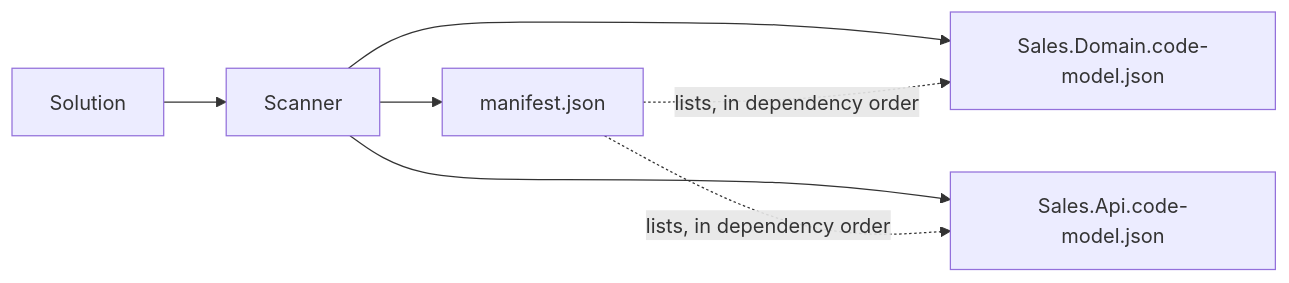
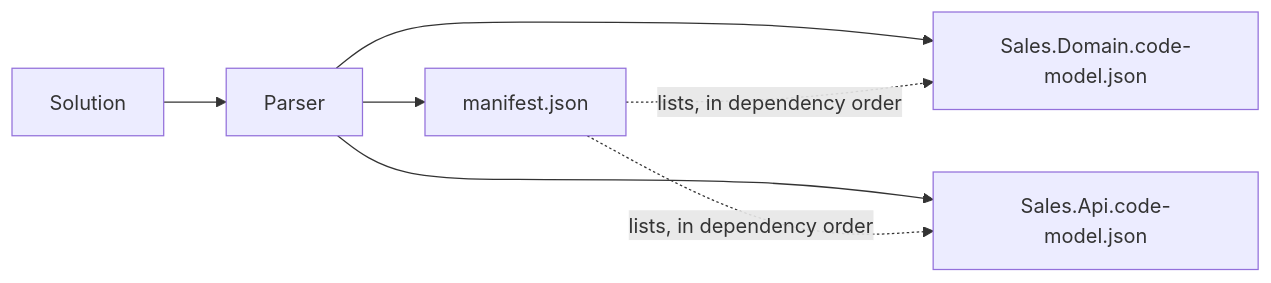
One commit to NoesisVision/noesis changed the first of 7 diagrams in docs/arch/code-model.md. Above: the diagram before and after it, drawn with Mermaid. The commit also changed other lines of this file and 912 other files, not shown here.

````diff
--- a/docs/arch/code-model.md
+++ b/docs/arch/code-model.md
@@ -17,9 +17,9 @@
 ```mermaid
 flowchart LR
-    S[Solution] --> SC[Scanner]
+    S[Solution] --> SC[Parser]
     SC --> M[manifest.json]
     SC --> A1[Sales.Domain.code-model.json]
     SC --> A2[Sales.Api.code-model.json]
     M -. lists, in dependency order .-> A1
     M -. lists, in dependency order .-> A2
 ```
````
